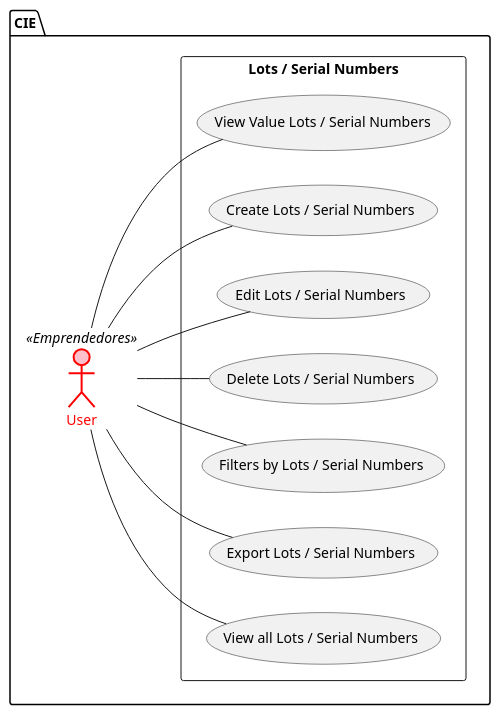
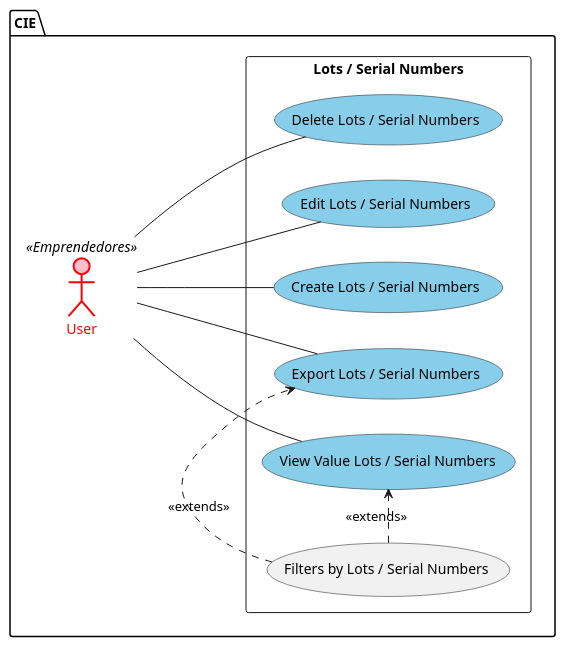
One commit to CIE-UPB/docs changed the diagram in assets/domain-model/LotsAndSerialNumbers.puml. Above: the diagram before and after it, drawn with PlantUML. The commit also changed 31 other files, not shown here.

```diff
--- a/assets/domain-model/LotsAndSerialNumbers.puml
+++ b/assets/domain-model/LotsAndSerialNumbers.puml
@@ -1,27 +1,26 @@
-@startuml Roles
+@startuml LotsAndSerialNumbers
 left to right direction
 
 package CIE {
     actor "User" as user <<Emprendedores>> #pink;line:red;line.bold;text:red
 
     rectangle "Lots / Serial Numbers" as lots {
-        usecase "View Value Lots / Serial Numbers"
-        usecase "Create Lots / Serial Numbers"
-        usecase "Edit Lots / Serial Numbers"
-        usecase "Delete Lots / Serial Numbers"
-        usecase "Filters by Lots / Serial Numbers"
-        usecase "Export Lots / Serial Numbers"
-        usecase "View all Lots / Serial Numbers"
+        usecase "View Value Lots / Serial Numbers" as VS #SkyBlue
+        usecase "Filters by Lots / Serial Numbers" as FS
+        usecase "Export Lots / Serial Numbers" as ES #SkyBlue
+        usecase "Create Lots / Serial Numbers" #SkyBlue
+        usecase "Edit Lots / Serial Numbers" #SkyBlue
+        usecase "Delete Lots / Serial Numbers" #SkyBlue
     }
 
-    user -- (View Value Lots / Serial Numbers)
+    user -- VS
     user -- (Create Lots / Serial Numbers)
     user -- (Edit Lots / Serial Numbers)
     user -- (Delete Lots / Serial Numbers)
-    user -- (Filters by Lots / Serial Numbers)
-    user -- (Export Lots / Serial Numbers)
-    user -- (View all Lots / Serial Numbers)
+    user -- ES
+    FS .> VS : <<extends>>
+    FS .> ES : <<extends>>
 }
 
 
 @enduml
```
